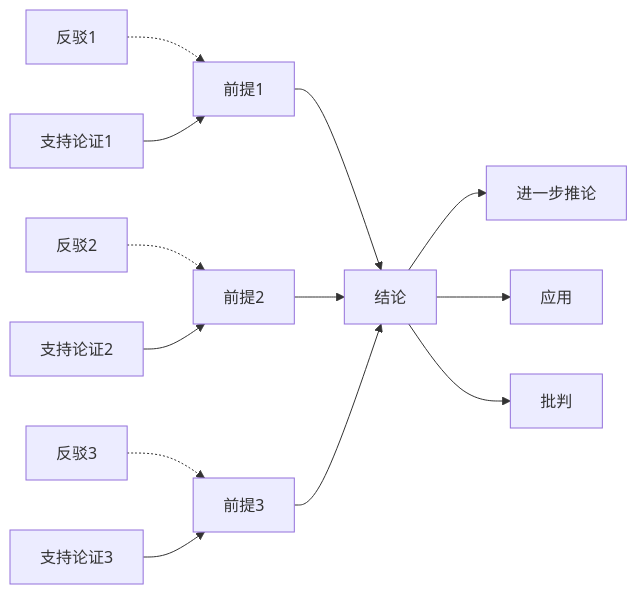
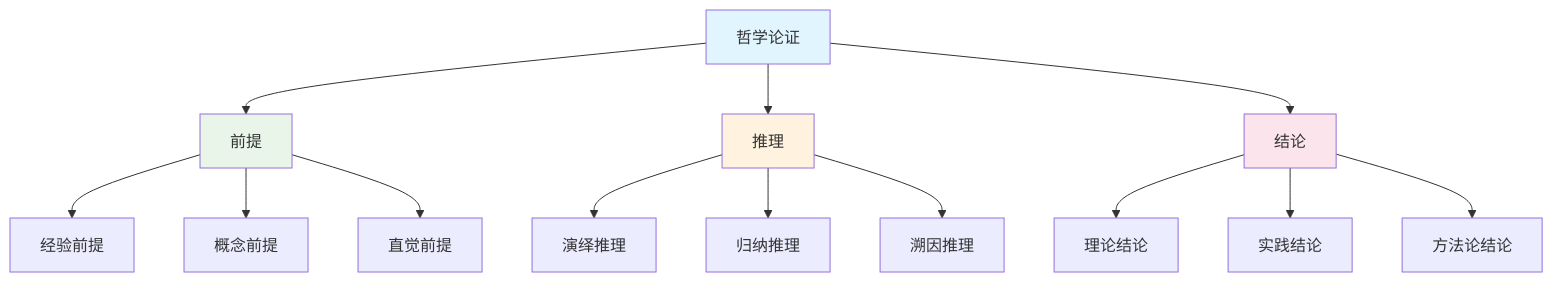
Before and after one commit to AdaMartin18010/Lean: the third of 3 diagrams in analysis/3-哲学与科学原理/3.x-其他哲学主题.md, drawn with Mermaid. The commit also changed other lines of this file and 3 other files, not shown here.

````diff
--- a/analysis/3-哲学与科学原理/3.x-其他哲学主题.md
+++ b/analysis/3-哲学与科学原理/3.x-其他哲学主题.md
@@ -736,18 +723,23 @@
 ```mermaid
-flowchart LR
-    A[前提1] --> D[结论]
-    B[前提2] --> D
-    C[前提3] --> D
+graph TD
+    A[哲学论证] --> B[前提]
+    A --> C[推理]
+    A --> D[结论]
     
-    E[反驳1] -.-> A
-    F[反驳2] -.-> B
-    G[反驳3] -.-> C
+    B --> E[经验前提]
+    B --> F[概念前提]
+    B --> G[直觉前提]
     
-    H[支持论证1] --> A
-    I[支持论证2] --> B
-    J[支持论证3] --> C
+    C --> H[演绎推理]
+    C --> I[归纳推理]
+    C --> J[溯因推理]
     
-    D --> K[进一步推论]
-    D --> L[应用]
-    D --> M[批判]
+    D --> K[理论结论]
+    D --> L[实践结论]
+    D --> M[方法论结论]
+    
+    style A fill:#e1f5fe
+    style B fill:#e8f5e8
+    style C fill:#fff3e0
+    style D fill:#fce4ec
 ```
````
